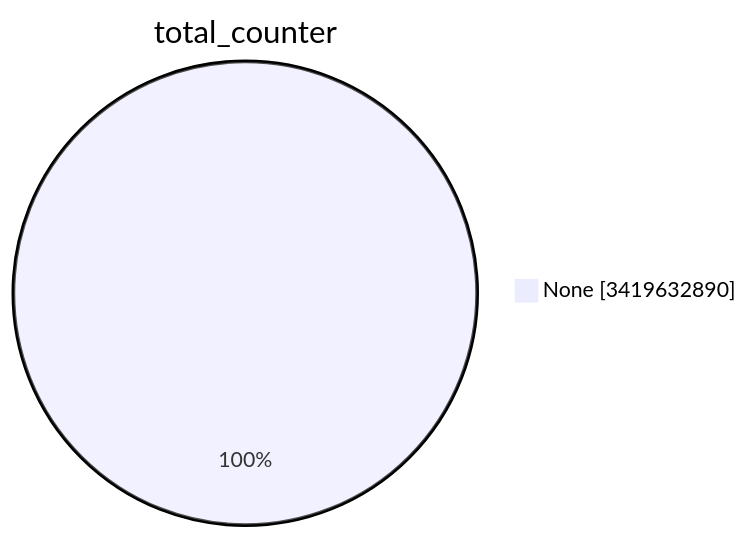
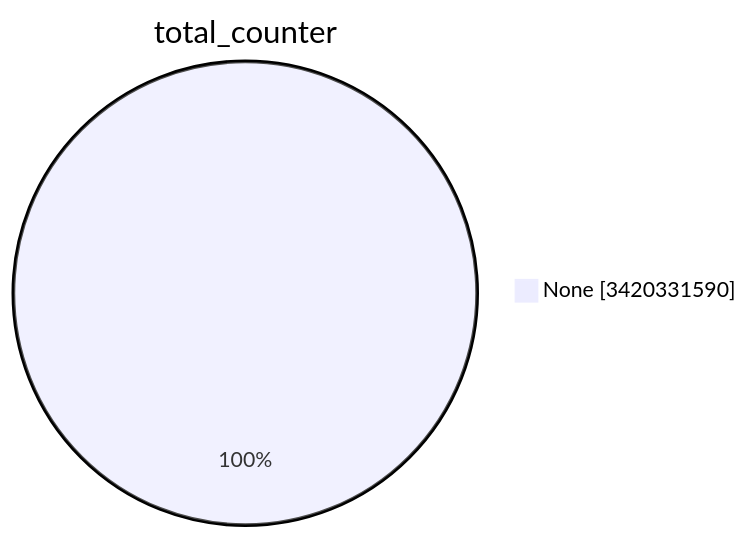
Before and after one commit to christiankrug/ctmonitor_visualization: the first of 15 diagrams in TOTAL/README.md, drawn with Mermaid. The commit also changed other lines of this file, not shown here.

````diff
--- a/TOTAL/README.md
+++ b/TOTAL/README.md
@@ -1,5 +1,5 @@
 ```mermaid
 pie showData
 title total_counter
-"None" :3419632890
+"None" :3420331590
 ```
````
